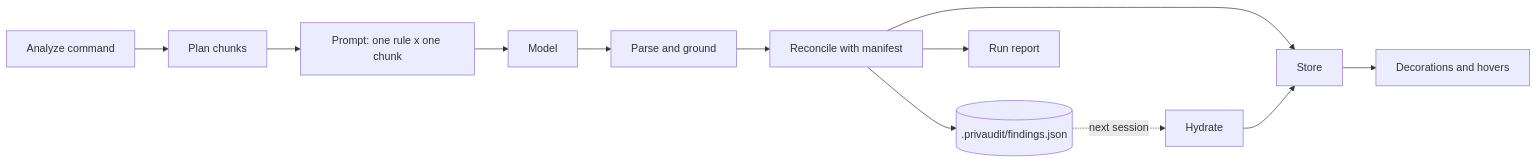
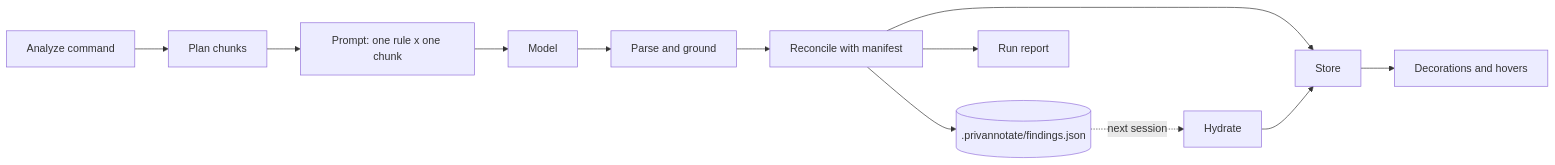
Before and after one commit to rios240/PrivAnnotate: the diagram in docs/ARCHITECTURE.md, drawn with Mermaid. The commit also changed other lines of this file and 21 other files, not shown here.

````diff
--- a/docs/ARCHITECTURE.md
+++ b/docs/ARCHITECTURE.md
@@ -14,13 +14,13 @@
 ```mermaid
 flowchart LR
     A[Analyze command] --> B[Plan chunks]
     B --> C["Prompt: one rule x one chunk"]
     C --> D[Model]
     D --> E[Parse and ground]
     E --> F[Reconcile with manifest]
-    F --> G[(.privaudit/findings.json)]
+    F --> G[(.privannotate/findings.json)]
     F --> H[Store]
     H --> I[Decorations and hovers]
     F --> J[Run report]
     G -. next session .-> K[Hydrate] --> H
 ```
````
